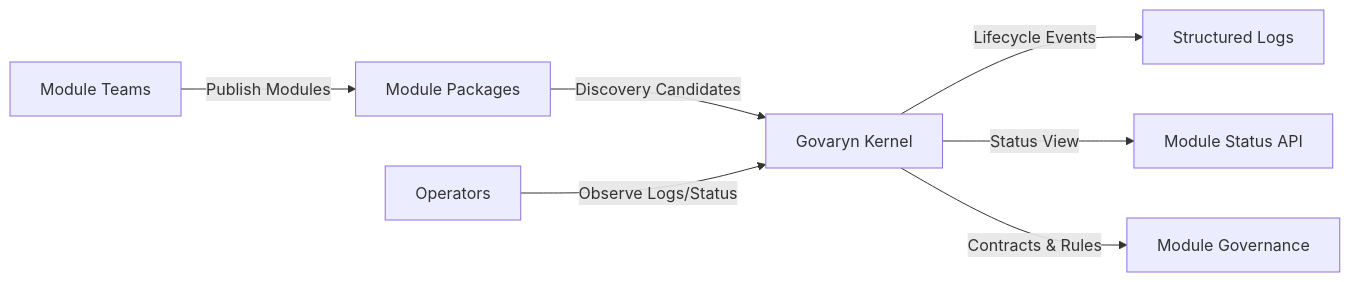
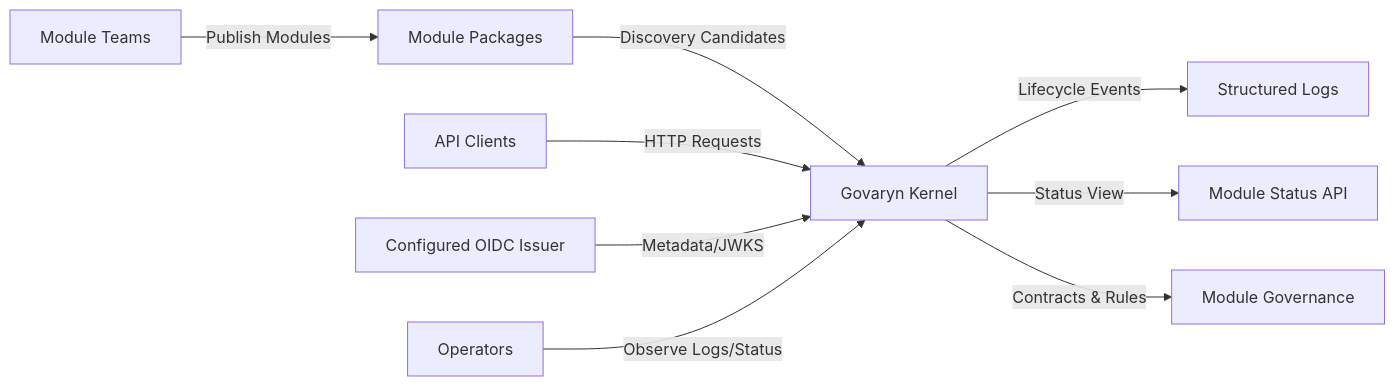
The diagram in docs/architecture/03-system-scope-and-context.md (hniehus/govaryn-io), drawn with Mermaid before and after one commit. The commit also changed other lines of this file and 25 other files, not shown here.

````diff
--- a/docs/architecture/03-system-scope-and-context.md
+++ b/docs/architecture/03-system-scope-and-context.md
@@ -22,9 +26,11 @@
 ```mermaid
 flowchart LR
     ModuleTeams[Module Teams] -->|Publish Modules| ModuleRepo[Module Packages]
     ModuleRepo -->|Discovery Candidates| Kernel[Govaryn Kernel]
+    Clients[API Clients] -->|HTTP Requests| Kernel
+    OIDC[Configured OIDC Issuer] -->|Metadata/JWKS| Kernel
     Operators[Operators] -->|Observe Logs/Status| Kernel
     Kernel -->|Lifecycle Events| Logs[Structured Logs]
     Kernel -->|Status View| StatusAPI[Module Status API]
     Kernel -->|Contracts & Rules| Governance[Module Governance]
 ```
````
